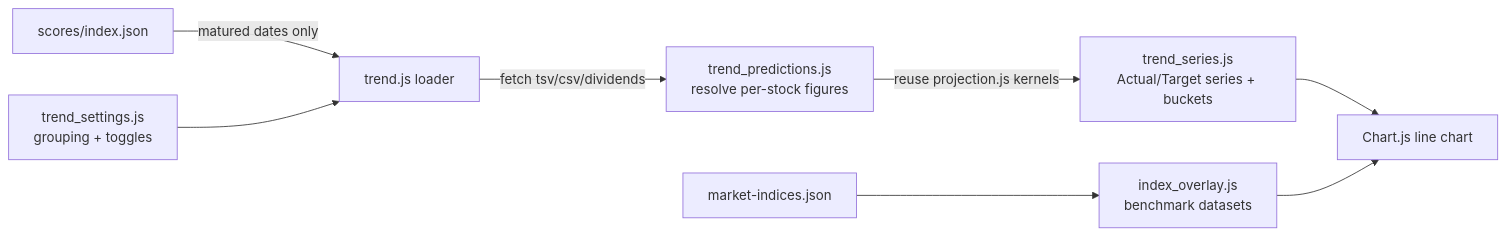
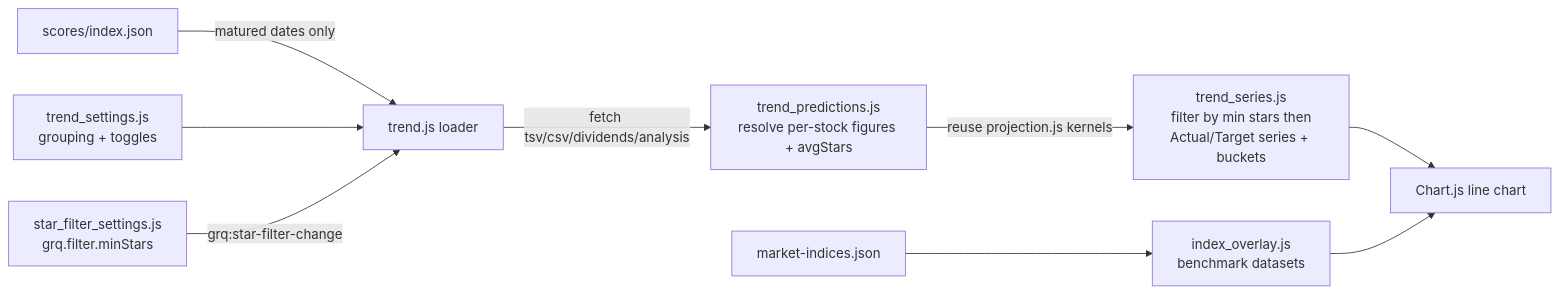
The sixth of 8 diagrams in README.md (stSoftwareAU/GRQ-validation), drawn with Mermaid before and after one commit. The commit also changed other lines of this file and 12 other files, not shown here.

First line of the commit message:
Join star ratings into the Trend pipeline and filter before aggregation (Issue #656)

````diff
--- a/README.md
+++ b/README.md
@@ -501,10 +515,11 @@
 ```mermaid
 flowchart LR
     A[scores/index.json] -->|matured dates only| B[trend.js loader]
-    B -->|fetch tsv/csv/dividends| C[trend_predictions.js<br/>resolve per-stock figures]
-    C -->|reuse projection.js kernels| D[trend_series.js<br/>Actual/Target series + buckets]
+    B -->|fetch tsv/csv/dividends/analysis| C[trend_predictions.js<br/>resolve per-stock figures + avgStars]
+    C -->|reuse projection.js kernels| D[trend_series.js<br/>filter by min stars then<br/>Actual/Target series + buckets]
     D --> E[Chart.js line chart]
     F[market-indices.json] --> G[index_overlay.js<br/>benchmark datasets]
     G --> E
     H[trend_settings.js<br/>grouping + toggles] --> B
+    I[star_filter_settings.js<br/>grq.filter.minStars] -->|grq:star-filter-change| B
 ```
````
